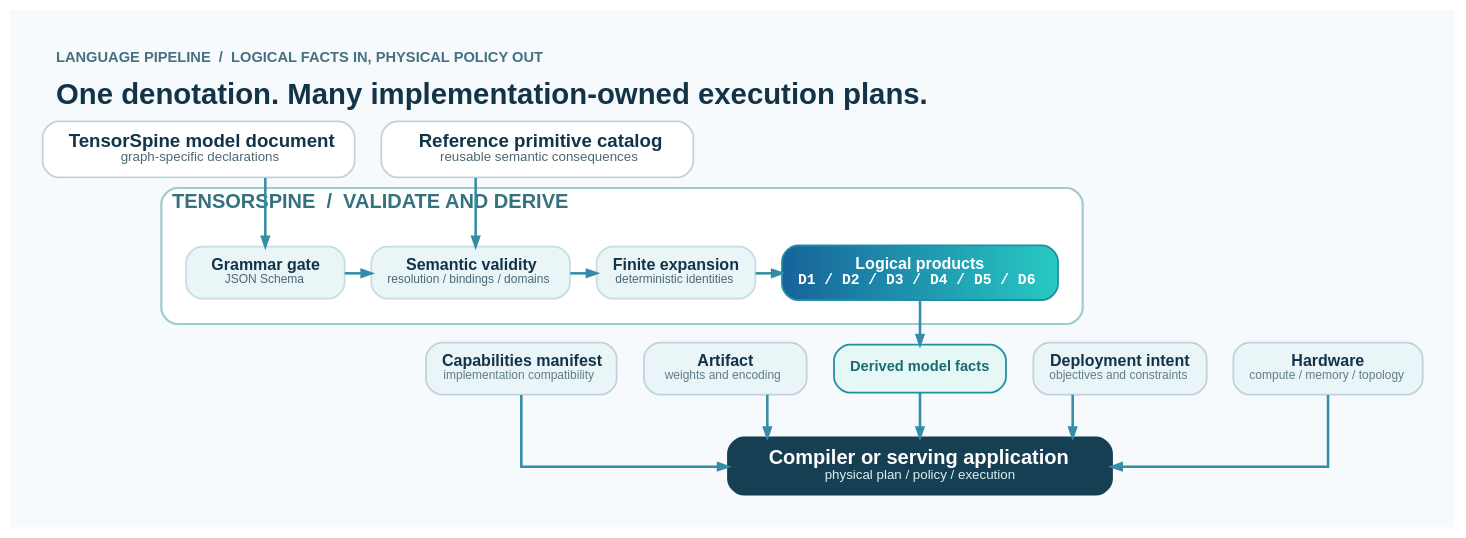
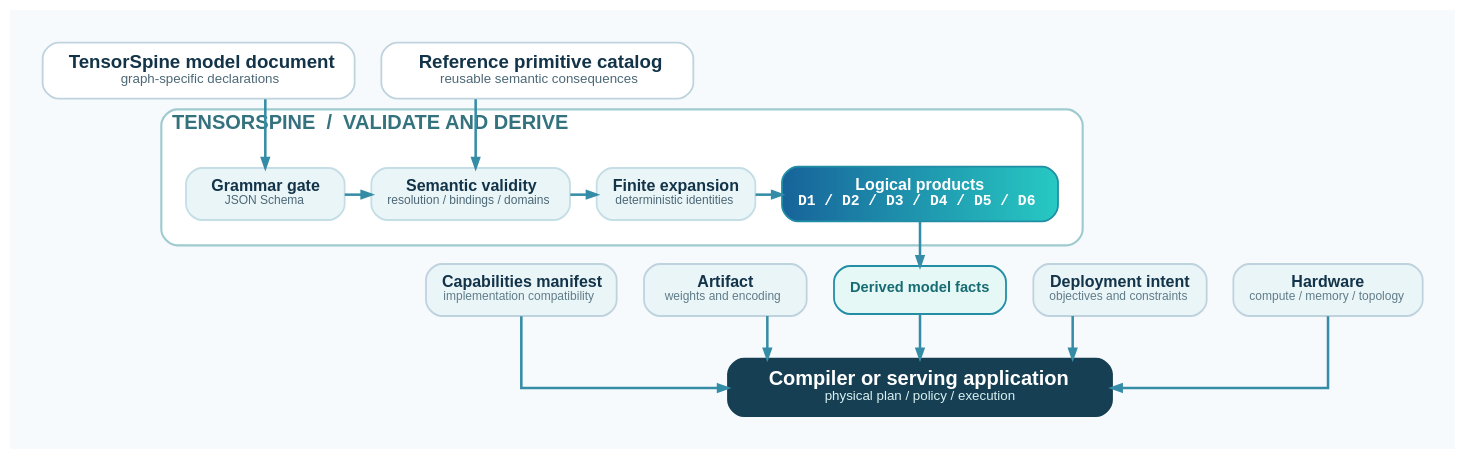
Before and after one commit to maneex/tensorspine: the diagram in docs/language-pipeline.dot, drawn with Graphviz. The commit also changed 2 other files, not shown here.

Commit message:
docs: architecture figure title belongs to the document

```diff
--- a/docs/language-pipeline.dot
+++ b/docs/language-pipeline.dot
@@ -1,146 +1,138 @@
 // Render with: dot -Tsvg docs/language-pipeline.dot -o docs/language-pipeline.svg
 digraph language_pipeline {
   graph [
     rankdir=TB,
     bgcolor="#F6FAFC",
     pad="0.34",
     nodesep="0.28",
     ranksep="0.44",
     splines=ortho,
     compound=true,
     newrank=true,
-    fontname="Arial",
-    fontcolor="#123348",
-    labeljust=l,
-    labelloc=t,
-    label=<<TABLE BORDER="0" CELLBORDER="0" CELLPADDING="0">
-      <TR><TD ALIGN="LEFT"><FONT COLOR="#477180" POINT-SIZE="11"><B>LANGUAGE PIPELINE  /  LOGICAL FACTS IN, PHYSICAL POLICY OUT</B></FONT></TD></TR>
-      <TR><TD HEIGHT="7"></TD></TR>
-      <TR><TD ALIGN="LEFT"><FONT COLOR="#123348" POINT-SIZE="22"><B>One denotation. Many implementation-owned execution plans.</B></FONT></TD></TR>
-    </TABLE>>
+    fontname="Arial"
   ];
 
   node [
     shape=box,
     style="rounded,filled",
     fontname="Arial",
     color="#BFD3DE",
     fillcolor="#FFFFFF",
     fontcolor="#123348",
     penwidth=1.35,
     margin="0.17,0.12"
   ];
   edge [
     color="#348CA6",
     fontname="Arial",
     fontcolor="#557583",
     fontsize=9,
     penwidth=1.9,
     arrowsize=0.72
   ];
 
   model [
     width=3.25,
     label=<<FONT POINT-SIZE="14"><B>TensorSpine model document</B></FONT><BR/><FONT COLOR="#4C6876" POINT-SIZE="10">graph-specific declarations</FONT>>
   ];
   catalog [
     width=3.25,
     label=<<FONT POINT-SIZE="14"><B>Reference primitive catalog</B></FONT><BR/><FONT COLOR="#4C6876" POINT-SIZE="10">reusable semantic consequences</FONT>>
   ];
   { rank=same; model; catalog; }
 
   subgraph cluster_tensorspine {
     graph [
       style="rounded,filled",
       color="#9FCBD0",
       fillcolor="#FFFFFF",
       penwidth=1.6,
       margin=18,
       labeljust=l,
       labelloc=t,
       label=<<FONT COLOR="#34737E" POINT-SIZE="15"><B>TENSORSPINE  /  VALIDATE AND DERIVE</B></FONT>>
     ];
 
     grammar [
       width=1.65,
       fillcolor="#EAF5F8",
       color="#C5DEE6",
       label=<<FONT POINT-SIZE="12"><B>Grammar gate</B></FONT><BR/><FONT COLOR="#4C6876" POINT-SIZE="9">JSON Schema</FONT>>
     ];
     validity [
       width=1.75,
       fillcolor="#EAF5F8",
       color="#C5DEE6",
       label=<<FONT POINT-SIZE="12"><B>Semantic validity</B></FONT><BR/><FONT COLOR="#4C6876" POINT-SIZE="9">resolution / bindings / domains</FONT>>
     ];
     expansion [
       width=1.65,
       fillcolor="#EAF5F8",
       color="#C5DEE6",
       label=<<FONT POINT-SIZE="12"><B>Finite expansion</B></FONT><BR/><FONT COLOR="#4C6876" POINT-SIZE="9">deterministic identities</FONT>>
     ];
     products [
       width=1.75,
       color="#218EA5",
       fillcolor="#17639A:#27C9C3",
       gradientangle=0,
       fontcolor="#FFFFFF",
       label=<<FONT POINT-SIZE="12"><B>Logical products</B></FONT><BR/><FONT FACE="Courier New" POINT-SIZE="11"><B>D1 / D2 / D3 / D4 / D5 / D6</B></FONT>>
     ];
 
     { rank=same; grammar; validity; expansion; products; }
     grammar -> validity;
     validity -> expansion;
     expansion -> products;
   }
 
   capabilities [
     width=1.7,
     fillcolor="#EAF5F8",
     label=<<FONT POINT-SIZE="12"><B>Capabilities manifest</B></FONT><BR/><FONT COLOR="#607D89" POINT-SIZE="9">implementation compatibility</FONT>>
   ];
   artifact [
     width=1.7,
     fillcolor="#EAF5F8",
     label=<<FONT POINT-SIZE="12"><B>Artifact</B></FONT><BR/><FONT COLOR="#607D89" POINT-SIZE="9">weights and encoding</FONT>>
   ];
   intent [
     width=1.7,
     fillcolor="#EAF5F8",
     label=<<FONT POINT-SIZE="12"><B>Deployment intent</B></FONT><BR/><FONT COLOR="#607D89" POINT-SIZE="9">objectives and constraints</FONT>>
   ];
   hardware [
     width=1.7,
     fillcolor="#EAF5F8",
     label=<<FONT POINT-SIZE="12"><B>Hardware</B></FONT><BR/><FONT COLOR="#607D89" POINT-SIZE="9">compute / memory / topology</FONT>>
   ];
   facts [
     width=1.45,
     color="#218EA5",
     fillcolor="#E5F8F6",
     fontcolor="#176B72",
     label=<<FONT POINT-SIZE="11"><B>Derived model facts</B></FONT>>
   ];
   { rank=same; capabilities; artifact; facts; intent; hardware; }
   capabilities -> artifact [style=invis, weight=20];
   artifact -> facts [style=invis, weight=20];
   facts -> intent [style=invis, weight=20];
   intent -> hardware [style=invis, weight=20];
 
   execution [
     color="#163F53",
     fillcolor="#163F53",
     fontcolor="#FFFFFF",
     width=4.0,
     label=<<FONT POINT-SIZE="15"><B>Compiler or serving application</B></FONT><BR/><FONT COLOR="#D9F2F3" POINT-SIZE="10">physical plan / policy / execution</FONT>>
   ];
 
   model -> grammar;
   catalog -> validity;
   products -> facts;
   facts -> execution;
   capabilities -> execution;
   artifact -> execution;
   intent -> execution;
   hardware -> execution;
 }
```
